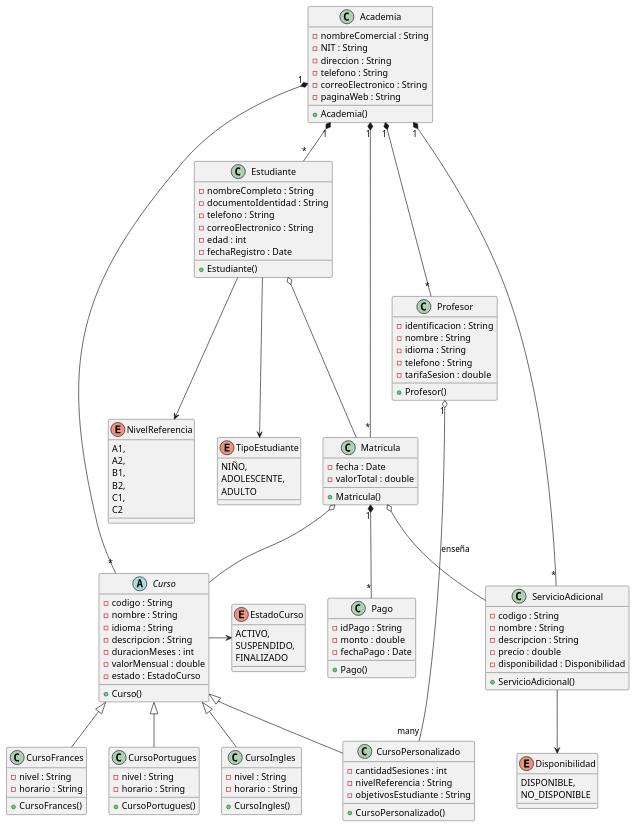
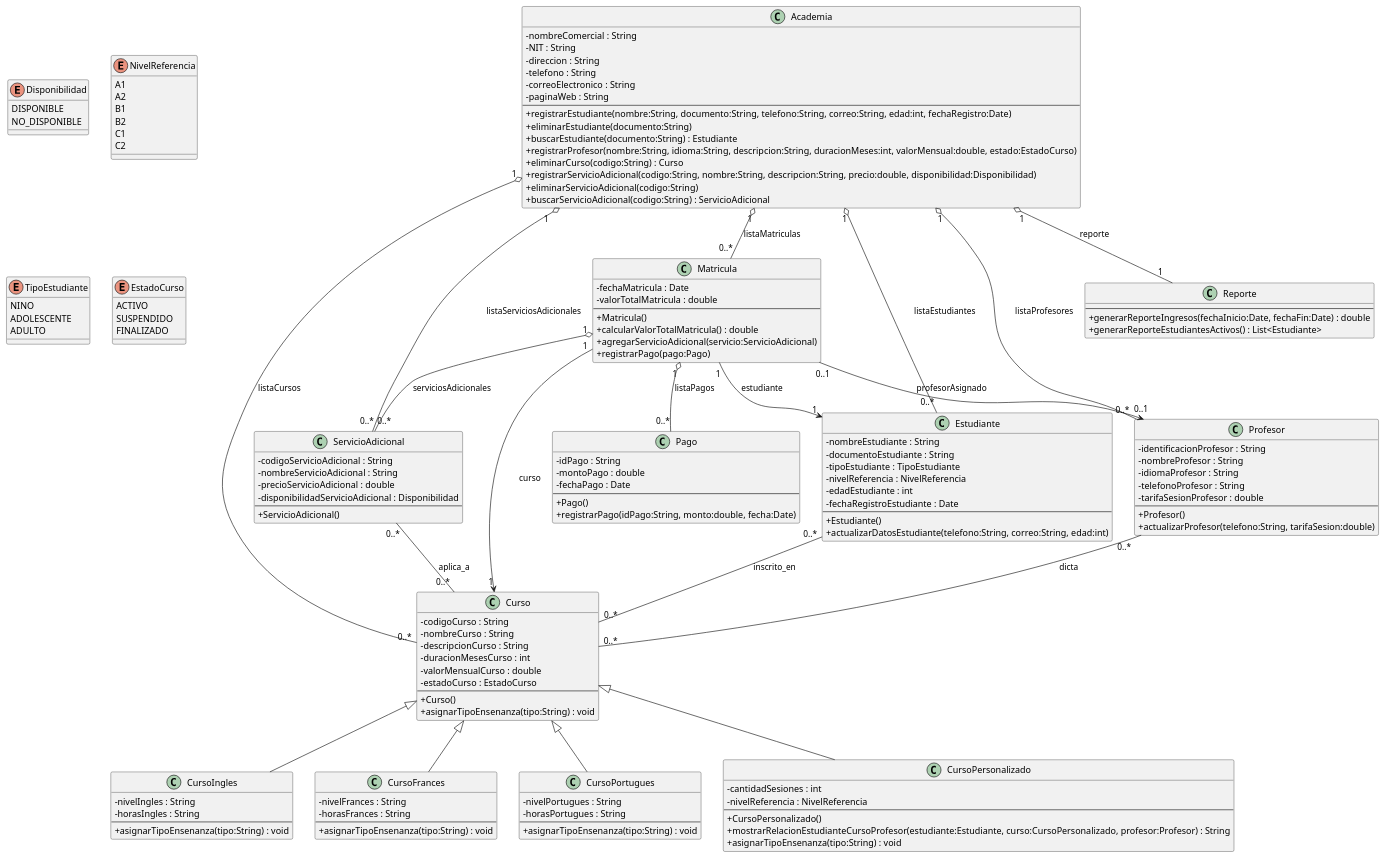
One commit to Eidan7j/Parcial-1_Programacion2 changed the diagram in Diagrama.puml. Above: the diagram before and after it, drawn with PlantUML. The commit also changed 19 other files, not shown here.

Commit message:
Finalizacion de model con la logica nesesaria de negocio y la implementacion del diagrama de clase en UML dentro de la carpeta Diagrama.puml

```diff
--- a/Diagrama.puml
+++ b/Diagrama.puml
@@ -1,165 +1,174 @@
 @startuml
-' Dependencia con clase academia
-Academia "1" *-- "*" Estudiante
-Academia "1" *-- "*" Profesor
-Academia "1" *-- "*" Curso
-Academia "1" *-- "*" Matricula
-Academia "1"*--"*" ServicioAdicional
+' Tema y configuración
+skinparam classAttributeIconSize 0
 
-'relaciones de matricula con otras clase
+' Enums
+enum Disponibilidad {
+  DISPONIBLE
+  NO_DISPONIBLE
+}
 
-Matricula "1" *-- "*" Pago
-'Una matrícula no existe sin curso, pero un curso sí puede existir sin matrícula
-'(ejemplo: curso creado pero sin estudiantes inscritos).
+enum NivelReferencia {
+  A1
+  A2
+  B1
+  B2
+  C1
+  C2
+}
 
-Matricula o-- Curso
-'Logica Una matrícula puede tener muchos servicios adicionales
-'(ejemplo: simulacro + tutoría + material impreso).
-'Matricula o-- ServicioAdiEsto simplifica el modelo
-'pero se pierde la idea de que cada curso puede tener servicios específicos
+enum TipoEstudiante {
+  NINO
+  ADOLESCENTE
+  ADULTO
+}
 
-Matricula o-- ServicioAdicional
-'solicita
-Estudiante o-- Matricula
+enum EstadoCurso {
+  ACTIVO
+  SUSPENDIDO
+  FINALIZADO
+}
 
-'segun el contexto
-'por cada asignacion debe permitir identificar
-'relacion entre estudiante mediante curso y este curso
-'especifico adquirido con el profesor responsble
-'para este caso curso personalizado
-Profesor "1" o-- "many" CursoPersonalizado : enseña
+' Clases principales
+class Academia {
+  - nombreComercial : String
+  - NIT : String
+  - direccion : String
+  - telefono : String
+  - correoElectronico : String
+  - paginaWeb : String
+  --
+  + registrarEstudiante(nombre:String, documento:String, telefono:String, correo:String, edad:int, fechaRegistro:Date)
+  + eliminarEstudiante(documento:String)
+  + buscarEstudiante(documento:String) : Estudiante
+  + registrarProfesor(nombre:String, idioma:String, descripcion:String, duracionMeses:int, valorMensual:double, estado:EstadoCurso)
+  + eliminarCurso(codigo:String) : Curso
+  + registrarServicioAdicional(codigo:String, nombre:String, descripcion:String, precio:double, disponibilidad:Disponibilidad)
+  + eliminarServicioAdicional(codigo:String)
+  + buscarServicioAdicional(codigo:String) : ServicioAdicional
+}
 
+class ServicioAdicional {
+  - codigoServicioAdicional : String
+  - nombreServicioAdicional : String
+  - precioServicioAdicional : double
+  - disponibilidadServicioAdicional : Disponibilidad
+  --
+  + ServicioAdicional()
+}
 
-'enum
+class Reporte {
+  --
+  + generarReporteIngresos(fechaInicio:Date, fechaFin:Date) : double
+  + generarReporteEstudiantesActivos() : List<Estudiante>
+}
 
-'enum entre curso y su estado de curso
-Curso -right-> EstadoCurso
+class Matricula {
+  - fechaMatricula : Date
+  - valorTotalMatricula : double
+  --
+  + Matricula()
+  + calcularValorTotalMatricula() : double
+  + agregarServicioAdicional(servicio:ServicioAdicional)
+  + registrarPago(pago:Pago)
+}
 
-'enum entre estudiantes y sus posibles categorias
-Estudiante --> NivelReferencia
-Estudiante --> TipoEstudiante
-'enum para servicioAdicional
-ServicioAdicional --> Disponibilidad
+class Pago {
+  - idPago : String
+  - montoPago : double
+  - fechaPago : Date
+  --
+  + Pago()
+  + registrarPago(idPago:String, monto:double, fecha:Date)
+}
 
+class Estudiante {
+  - nombreEstudiante : String
+  - documentoEstudiante : String
+  - tipoEstudiante : TipoEstudiante
+  - nivelReferencia : NivelReferencia
+  - edadEstudiante : int
+  - fechaRegistroEstudiante : Date
+  --
+  + Estudiante()
+  + actualizarDatosEstudiante(telefono:String, correo:String, edad:int)
+}
 
-'Herencias
-'herencia de curso
+class Profesor {
+  - identificacionProfesor : String
+  - nombreProfesor : String
+  - idiomaProfesor : String
+  - telefonoProfesor : String
+  - tarifaSesionProfesor : double
+  --
+  + Profesor()
+  + actualizarProfesor(telefono:String, tarifaSesion:double)
+}
+
+class Curso {
+  - codigoCurso : String
+  - nombreCurso : String
+  - descripcionCurso : String
+  - duracionMesesCurso : int
+  - valorMensualCurso : double
+  - estadoCurso : EstadoCurso
+  --
+  + Curso()
+  + asignarTipoEnsenanza(tipo:String) : void
+}
+
+class CursoIngles {
+  - nivelIngles : String
+  - horasIngles : String
+  --
+  + asignarTipoEnsenanza(tipo:String) : void
+}
+
+class CursoFrances {
+  - nivelFrances : String
+  - horasFrances : String
+  --
+  + asignarTipoEnsenanza(tipo:String) : void
+}
+
+class CursoPortugues {
+  - nivelPortugues : String
+  - horasPortugues : String
+  --
+  + asignarTipoEnsenanza(tipo:String) : void
+}
+
+class CursoPersonalizado {
+  - cantidadSesiones : int
+  - nivelReferencia : NivelReferencia
+  --
+  + CursoPersonalizado()
+  + mostrarRelacionEstudianteCursoProfesor(estudiante:Estudiante, curso:CursoPersonalizado, profesor:Profesor) : String
+  + asignarTipoEnsenanza(tipo:String) : void
+}
+
+' Relaciones y multiplicidades (navegación)
+Academia "1" o-- "0..*" Estudiante : listaEstudiantes
+Academia "1" o-- "0..*" Profesor : listaProfesores
+Academia "1" o-- "0..*" Curso : listaCursos
+Academia "1" o-- "0..*" ServicioAdicional : listaServiciosAdicionales
+Academia "1" o-- "0..*" Matricula : listaMatriculas
+Academia "1" o-- "1" Reporte : reporte
+
+Matricula "1" o-- "0..*" Pago : listaPagos
+Matricula "1" o-- "0..*" ServicioAdicional : serviciosAdicionales
+Matricula "1" --> "1" Estudiante : estudiante
+Matricula "1" --> "1" Curso : curso
+Matricula "0..1" --> "0..1" Profesor : profesorAsignado
+
 Curso <|-- CursoIngles
 Curso <|-- CursoFrances
 Curso <|-- CursoPortugues
 Curso <|-- CursoPersonalizado
 
-class Academia {
-    - nombreComercial : String
-    - NIT : String
-    - direccion : String
-    - telefono : String
-    - correoElectronico : String
-    - paginaWeb : String
-      + Academia()
-}
-
-class Estudiante {
-    - nombreCompleto : String
-    - documentoIdentidad : String
-    - telefono : String
-    - correoElectronico : String
-    - edad : int
-    - fechaRegistro : Date
-    + Estudiante()
-}
-abstract class Curso {
-    - codigo : String
-    - nombre : String
-    - idioma : String
-    - descripcion : String
-    - duracionMeses : int
-    - valorMensual : double
-    - estado : EstadoCurso
-    + Curso()
-}
-
-class Profesor {
-    - identificacion : String
-    - nombre : String
-    - idioma : String
-    - telefono : String
-    - tarifaSesion : double
-    + Profesor()
-}
-
-class Matricula {
-    - fecha : Date
-    - valorTotal : double
-    + Matricula()
-}
-class Pago {
-    - idPago : String
-    - monto : double
-    - fechaPago : Date
-    + Pago()
-}
-class ServicioAdicional {
-    - codigo : String
-    - nombre : String
-    - descripcion : String
-    - precio : double
-    - disponibilidad : Disponibilidad
-
-    + ServicioAdicional()
-}
-
-
-'enums para curso tabla
-enum EstadoCurso {
-    ACTIVO,
-    SUSPENDIDO,
-    FINALIZADO
-}
-'enum para estudiante tabla
-enum NivelReferencia {
-    A1,
-    A2,
-    B1,
-    B2,
-    C1,
-    C2
-}
-enum TipoEstudiante {
-    NIÑO,
-    ADOLESCENTE,
-    ADULTO
-}
-'enum para servicio adicional tabla
-enum Disponibilidad {
-    DISPONIBLE,
-    NO_DISPONIBLE
-}
-
-'Herencia de curso
-class CursoIngles {
-    - nivel : String
-    - horario : String
-    + CursoIngles()
-}
-
-class CursoFrances {
-    - nivel : String
-    - horario : String
-    + CursoFrances()
-}
-
-class CursoPortugues {
-    - nivel : String
-    - horario : String
-    + CursoPortugues()
-}
-
-class CursoPersonalizado {
-    - cantidadSesiones : int
-    - nivelReferencia : String
-    - objetivosEstudiante : String
-    + CursoPersonalizado()
-}
+' Asociaciones adicionales
+Profesor "0..*" -- "0..*" Curso : dicta
+Estudiante "0..*" -- "0..*" Curso : inscrito_en
+ServicioAdicional "0..*" -- "0..*" Curso : aplica_a
 
 @enduml
```
